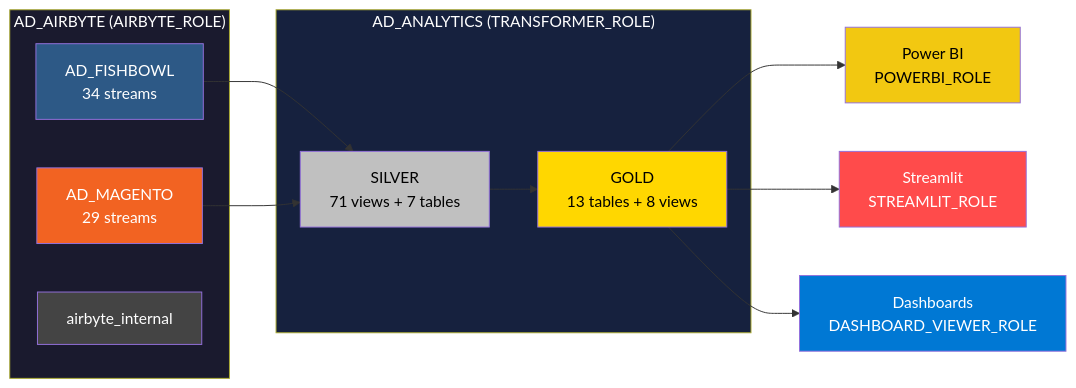
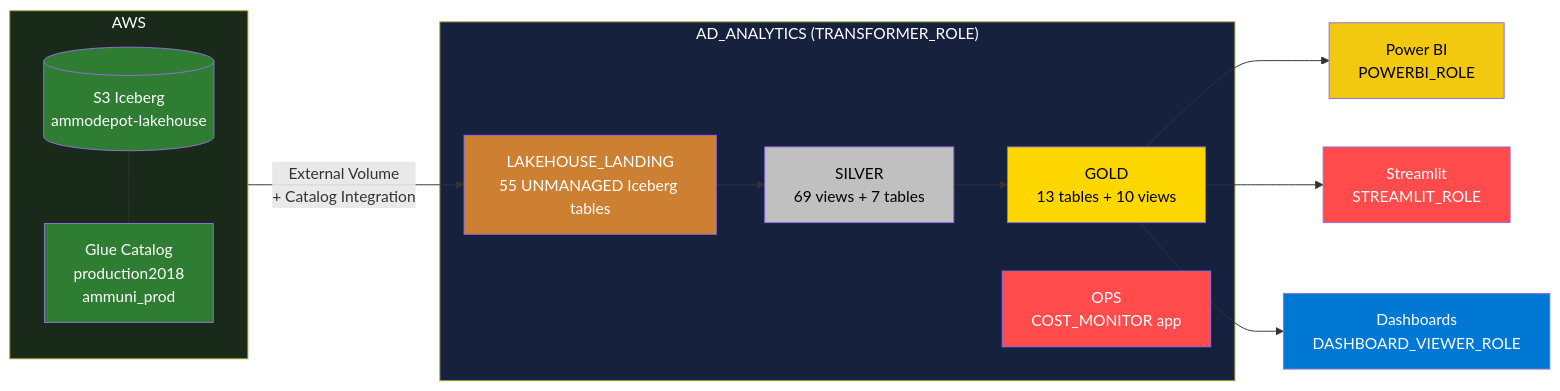
Before and after one commit to trinityBI-HQ/dbt_ammodepot: the third of 3 diagrams in README.md, drawn with Mermaid. The commit also changed other lines of this file, not shown here.

First line of the commit message:
docs(readme): reflect Iceberg cutover — update architecture diagrams and content

````diff
--- a/README.md
+++ b/README.md
@@ -324,32 +73,35 @@
 ```mermaid
 flowchart LR
-    subgraph AD_AIRBYTE["AD_AIRBYTE (AIRBYTE_ROLE)"]
-        FB_S[AD_FISHBOWL<br/>34 streams]
-        MG_S[AD_MAGENTO<br/>29 streams]
-        AI[airbyte_internal]
+    subgraph AWS["AWS"]
+        S3[(S3 Iceberg<br/>ammodepot-lakehouse)]
+        GL[Glue Catalog<br/>production2018<br/>ammuni_prod]
+        S3 --- GL
     end
 
     subgraph AD_ANALYTICS["AD_ANALYTICS (TRANSFORMER_ROLE)"]
-        SIL[SILVER<br/>71 views + 7 tables]
-        GOL[GOLD<br/>13 tables + 8 views]
+        LL[LAKEHOUSE_LANDING<br/>55 UNMANAGED Iceberg tables]
+        SIL[SILVER<br/>69 views + 7 tables]
+        GOL[GOLD<br/>13 tables + 10 views]
+        OPS[OPS<br/>COST_MONITOR app]
     end
 
-    FB_S --> SIL
-    MG_S --> SIL
+    AWS -->|External Volume<br/>+ Catalog Integration| LL
+    LL --> SIL
     SIL --> GOL
 
     GOL --> PBI[Power BI<br/>POWERBI_ROLE]
     GOL --> STR[Streamlit<br/>STREAMLIT_ROLE]
     GOL --> DV[Dashboards<br/>DASHBOARD_VIEWER_ROLE]
 
-    style AD_AIRBYTE fill:#1a1a2e,color:#fff
+    style AWS fill:#1a2a1a,color:#fff
+    style S3 fill:#2e7d32,color:#fff
+    style GL fill:#2e7d32,color:#fff
     style AD_ANALYTICS fill:#16213e,color:#fff
-    style FB_S fill:#2d5986,color:#fff
-    style MG_S fill:#f26322,color:#fff
-    style AI fill:#444,color:#fff
+    style LL fill:#cd7f32,color:#fff
     style SIL fill:#c0c0c0,color:#000
     style GOL fill:#ffd700,color:#000
+    style OPS fill:#ff4b4b,color:#fff
     style PBI fill:#f2c811,color:#000
     style STR fill:#ff4b4b,color:#fff
     style DV fill:#0078d4,color:#fff
 ```
````
